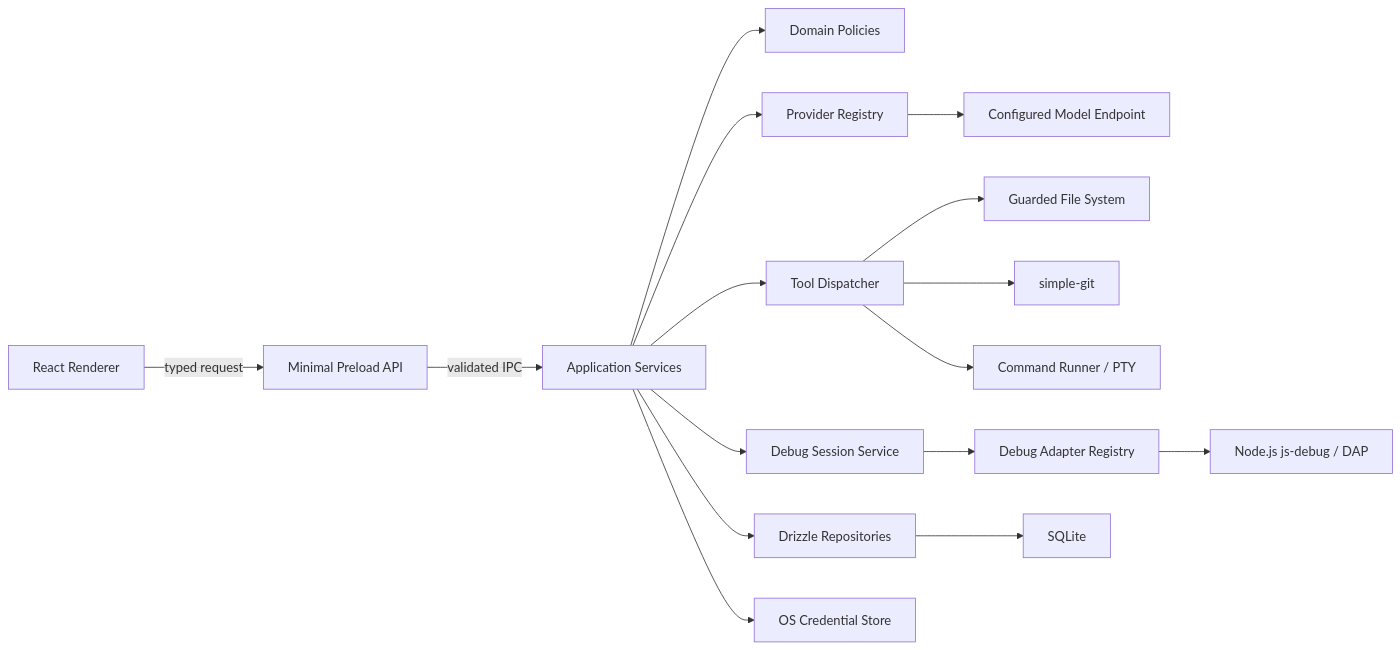
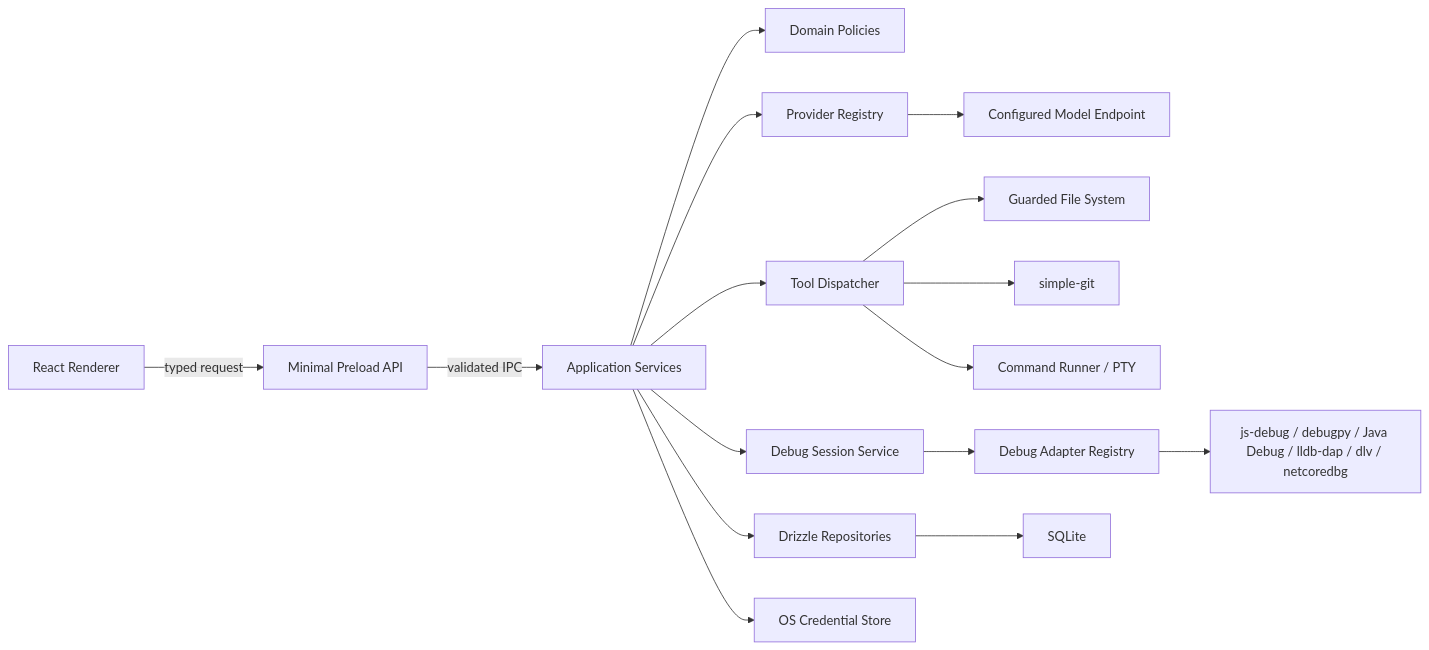
One commit to lianzf/open-code-desk changed the first of 4 diagrams in docs/architecture.md. Above: the diagram before and after it, drawn with Mermaid. The commit also changed other lines of this file and 869 other files, not shown here.

````diff
--- a/docs/architecture.md
+++ b/docs/architecture.md
@@ -122,18 +122,18 @@
 ```mermaid
 flowchart LR
     UI["React Renderer"] -->|typed request| Preload["Minimal Preload API"]
     Preload -->|validated IPC| Main["Application Services"]
     Main --> Domain["Domain Policies"]
     Main --> Provider["Provider Registry"]
     Main --> Tools["Tool Dispatcher"]
     Main --> Debug["Debug Session Service"]
     Main --> Repos["Drizzle Repositories"]
     Provider --> Network["Configured Model Endpoint"]
     Tools --> FS["Guarded File System"]
     Tools --> Git["simple-git"]
     Tools --> Proc["Command Runner / PTY"]
     Debug --> Adapter["Debug Adapter Registry"]
-    Adapter --> DAP["Node.js js-debug / DAP"]
+    Adapter --> DAP["js-debug / debugpy / Java Debug / lldb-dap / dlv / netcoredbg"]
     Repos --> SQLite["SQLite"]
     Main --> Secrets["OS Credential Store"]
 ```
````
